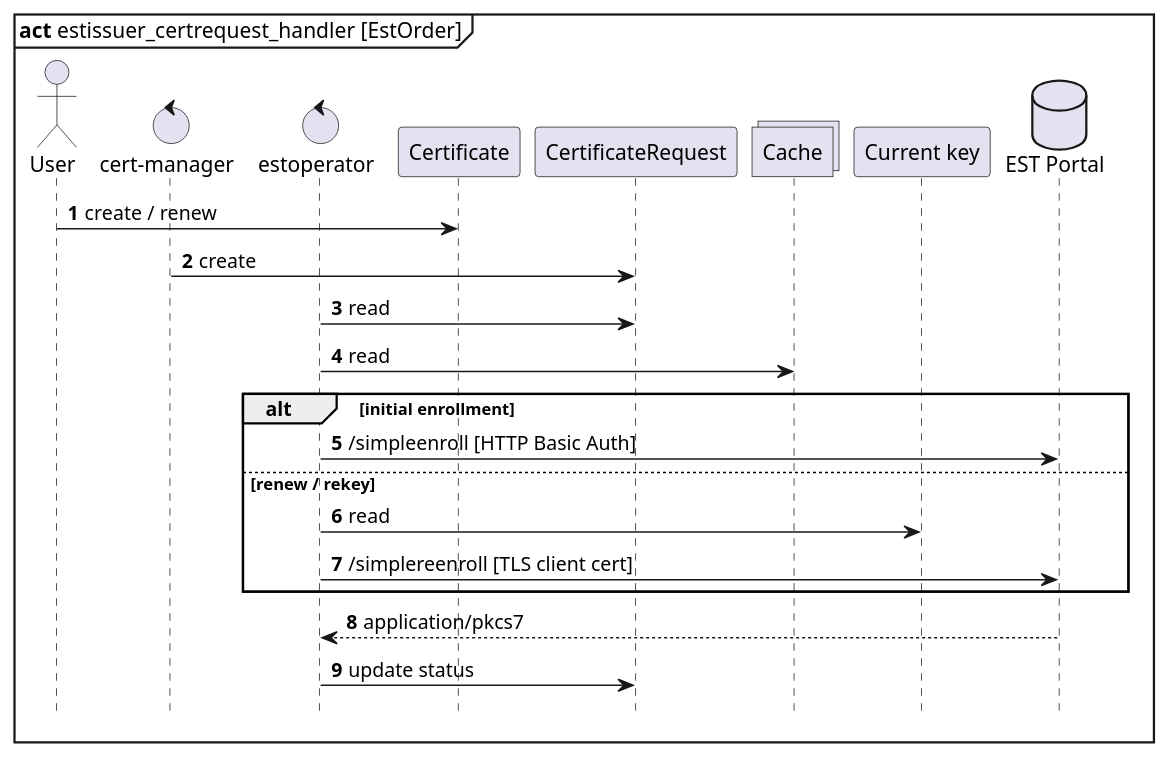
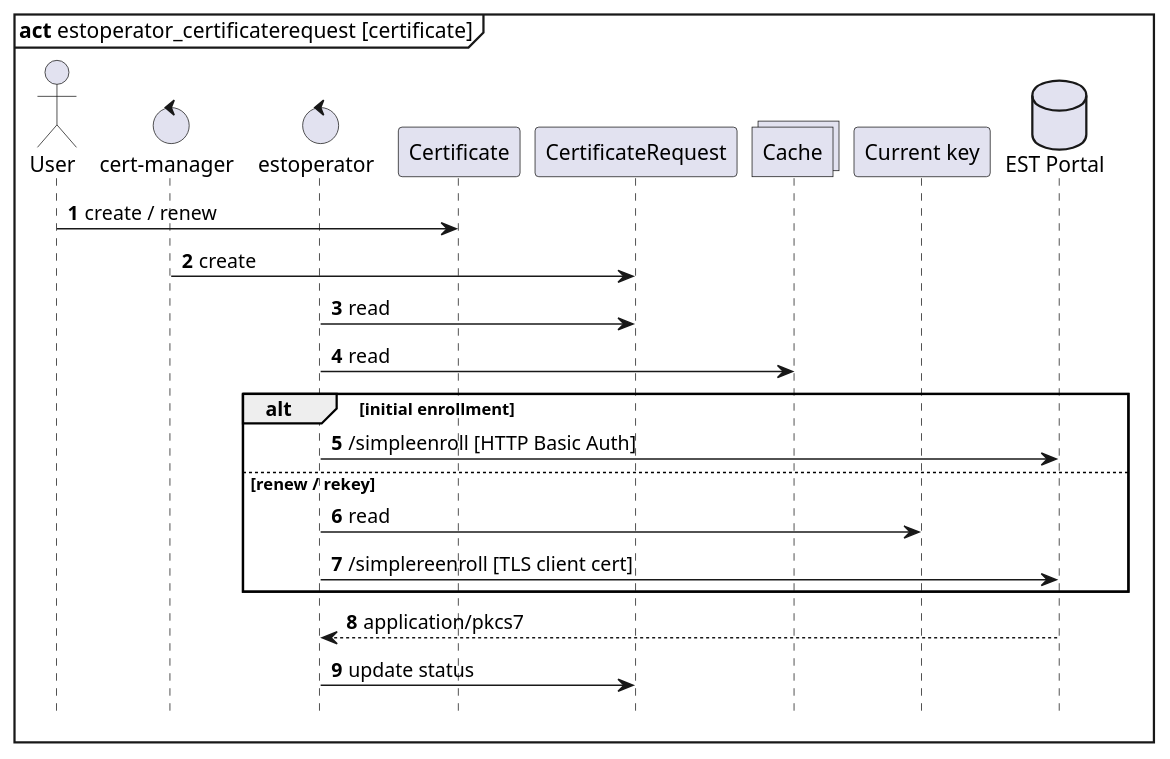
Before and after one commit to mitre/est-operator: the third of 5 diagrams in docs/DESIGN.org, drawn with PlantUML. The commit also changed 2 other files, not shown here.

Commit message:
remove estorder vestiges

```diff
--- a/docs/DESIGN.org
+++ b/docs/DESIGN.org
@@ -107,26 +107,26 @@
 #+BEGIN_SRC plantuml :file images/act-certificaterequest.png :cache yes :results drawer :post caption_wrap("~CertificateRequest~ activity", *this*)
 hide footbox
 autonumber
-mainframe **act** estissuer_certrequest_handler [EstOrder]
+mainframe **act** estoperator_certificaterequest [certificate]
 actor User
 control "cert-manager" as certmgr
 control "estoperator" as estoperator
 participant "Certificate"
 participant "CertificateRequest"
 collections "Cache" as EstIssuer
 participant "Current key" as CertificateSecret
 database "EST Portal" as estportal
 
 User -> Certificate : create / renew
 certmgr -> CertificateRequest : create
 estoperator -> CertificateRequest : read
 estoperator -> EstIssuer : read
 alt initial enrollment
     estoperator -> estportal : /simpleenroll [HTTP Basic Auth]
 else renew / rekey
     estoperator -> CertificateSecret : read
     estoperator -> estportal : /simplereenroll [TLS client cert]
 end
 estportal --> estoperator : application/pkcs7
 estoperator -> CertificateRequest : update status
 #+END_SRC
```
